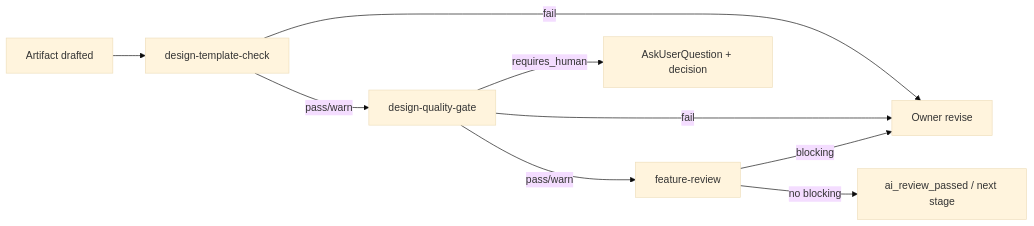
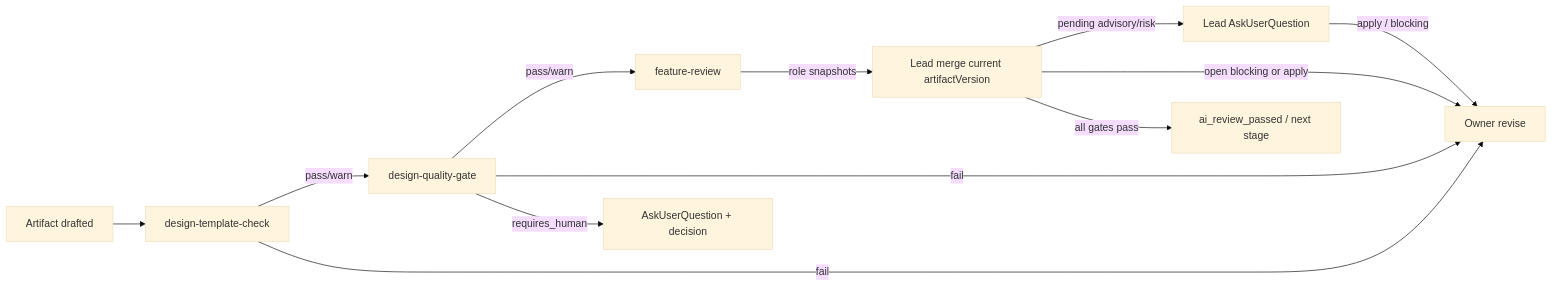
The diagram in docs/governance/design-quality-gates.md (X1aoboo/scc-dev-sphere), drawn with Mermaid (base theme) before and after one commit. The commit also changed other lines of this file and 30 other files, not shown here.

````diff
--- a/docs/governance/design-quality-gates.md
+++ b/docs/governance/design-quality-gates.md
@@ -58,11 +58,14 @@
 ```mermaid
 flowchart LR
   Draft["Artifact drafted"] --> TPL["design-template-check"]
   TPL -->|pass/warn| QG["design-quality-gate"]
   TPL -->|fail| Revise["Owner revise"]
   QG -->|pass/warn| Review["feature-review"]
   QG -->|fail| Revise
-  QG -->|requires_human| Human["AskUserQuestion + decision"]
-  Review -->|blocking| Revise
-  Review -->|no blocking| Ready["ai_review_passed / next stage"]
+  QG -->|requires_human| GateHuman["AskUserQuestion + decision"]
+  Review -->|role snapshots| Merge["Lead merge current artifactVersion"]
+  Merge -->|pending advisory/risk| ReviewHuman["Lead AskUserQuestion"]
+  ReviewHuman -->|apply / blocking| Revise
+  Merge -->|open blocking or apply| Revise
+  Merge -->|all gates pass| Ready["ai_review_passed / next stage"]
 ```
````
